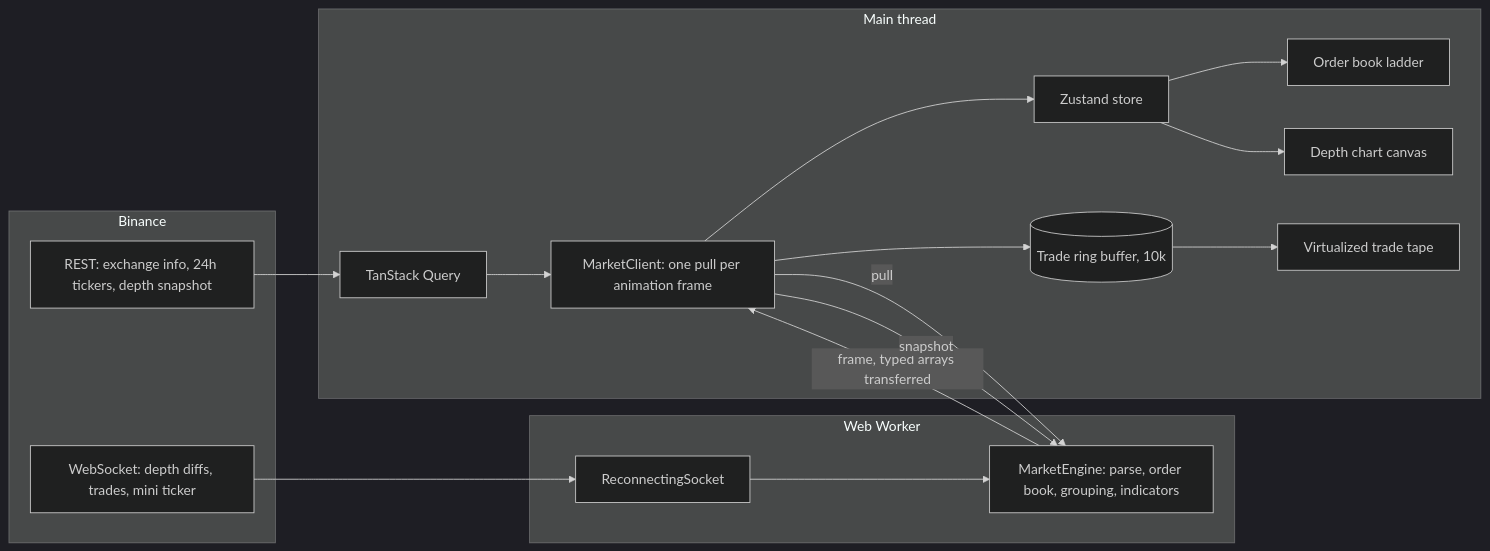
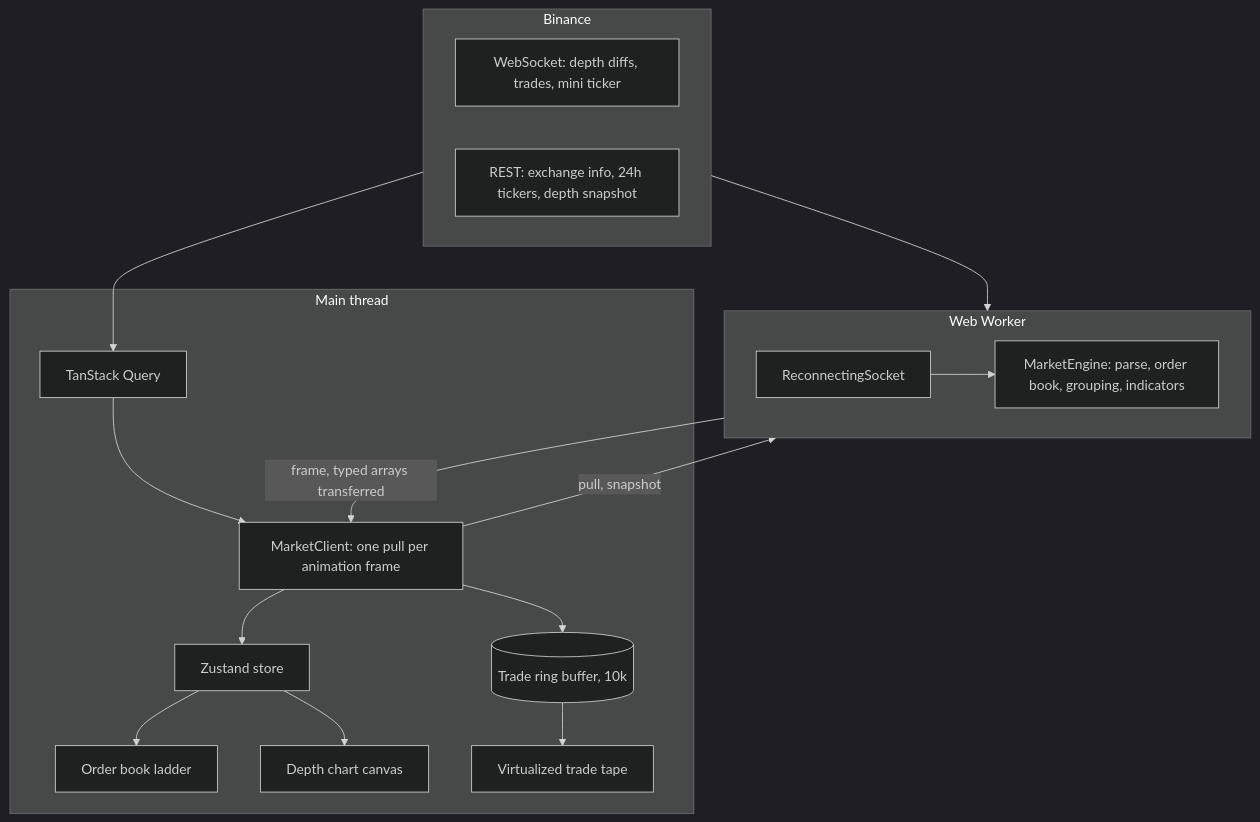
One commit to arthurfrollini/market-terminal changed the diagram in README.md. Above: the diagram before and after it, drawn with Mermaid (dark theme).

Commit message:
Lay out the architecture diagram top to bottom
Left to right, GitHub scaled the diagram down until its labels were hard
to read. Stacking Binance, the worker and the main thread keeps the text
at a readable size.

````diff
--- a/README.md
+++ b/README.md
@@ -21,23 +21,24 @@
 ```mermaid
-flowchart LR
+flowchart TB
   subgraph Binance
+    direction LR
+    WS[WebSocket: depth diffs, trades, mini ticker]
     REST[REST: exchange info, 24h tickers, depth snapshot]
-    WS[WebSocket: depth diffs, trades, mini ticker]
   end
   subgraph Worker[Web Worker]
+    direction LR
     Socket[ReconnectingSocket] --> Engine[MarketEngine: parse, order book, grouping, indicators]
   end
   subgraph Main[Main thread]
-    Query[TanStack Query] --> Client
-    Client[MarketClient: one pull per animation frame] --> Store[Zustand store]
+    Query[TanStack Query] --> Client[MarketClient: one pull per animation frame]
+    Client --> Store[Zustand store]
     Client --> Tape[(Trade ring buffer, 10k)]
     Store --> Ladder[Order book ladder]
     Store --> Canvas[Depth chart canvas]
     Tape --> Virtual[Virtualized trade tape]
   end
   WS --> Socket
   REST --> Query
-  Client -- pull --> Engine
   Engine -- frame, typed arrays transferred --> Client
-  Client -- snapshot --> Engine
+  Client -- pull, snapshot --> Engine
 ```
````
